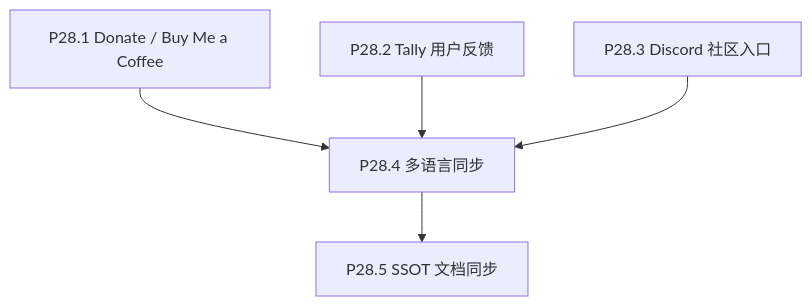
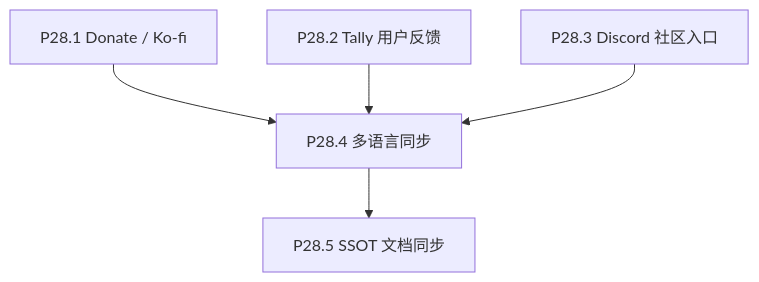
The diagram in .cursor/plans/phase_28_feedback_support_community.plan.md (XYBuilds/chronicle_v3_3d_galaxy), drawn with Mermaid before and after one commit. The commit also changed other lines of this file, not shown here.

````diff
--- a/.cursor/plans/phase_28_feedback_support_community.plan.md
+++ b/.cursor/plans/phase_28_feedback_support_community.plan.md
@@ -45,13 +45,13 @@
 ```mermaid
 flowchart TD
-    P281["P28.1 Donate / Buy Me a Coffee"]
+    P281["P28.1 Donate / Ko-fi"]
     P282["P28.2 Tally 用户反馈"]
     P283["P28.3 Discord 社区入口"]
     P284["P28.4 多语言同步"]
     P285["P28.5 SSOT 文档同步"]
 
     P281 --> P284
     P282 --> P284
     P283 --> P284
     P284 --> P285
 ```
````
